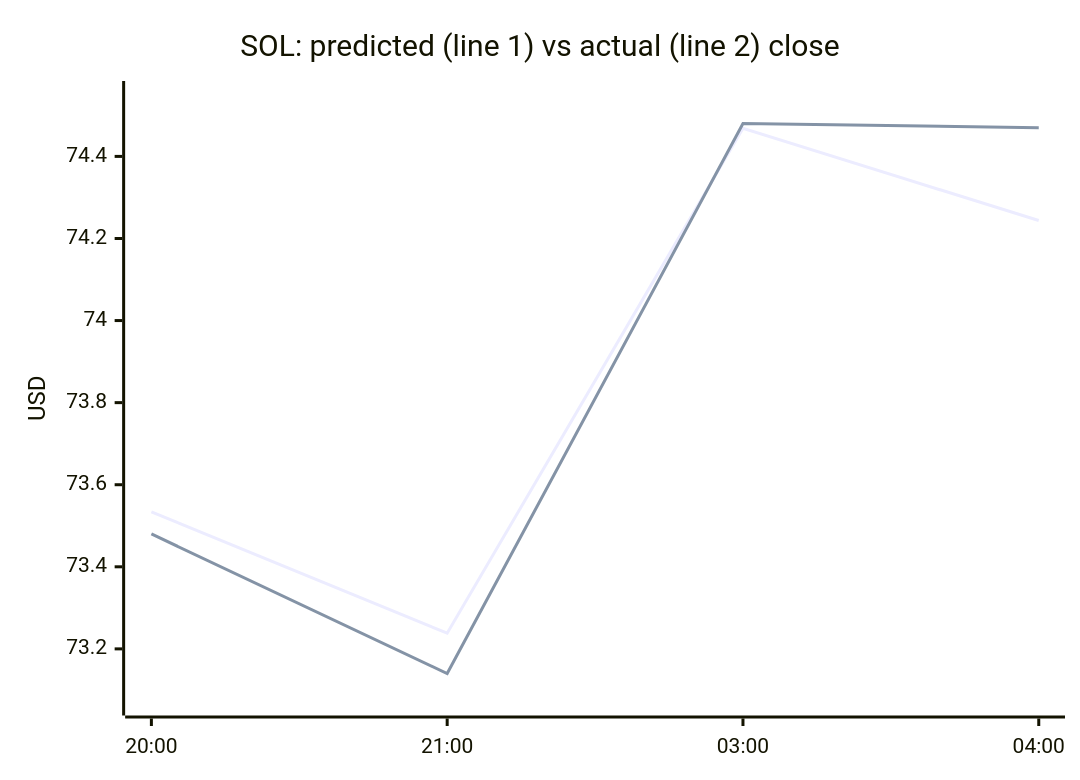
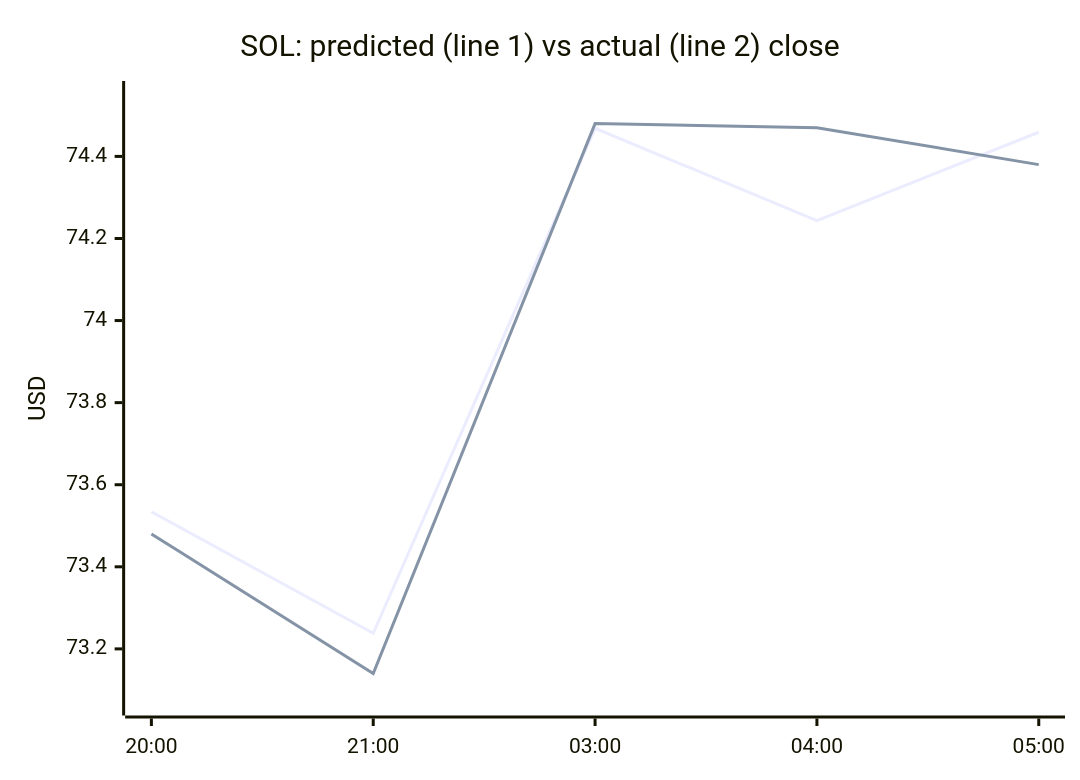
One commit to samuelkreitl-wq/crypto-hourly-forecaster changed the third of 4 diagrams in README.md. Above: the diagram before and after it, drawn with Mermaid. The commit also changed other lines of this file and 15 other files, not shown here.

````diff
--- a/README.md
+++ b/README.md
@@ -56,8 +56,8 @@
 ```mermaid
 xychart-beta
     title "SOL: predicted (line 1) vs actual (line 2) close"
-    x-axis ["20:00", "21:00", "03:00", "04:00"]
+    x-axis ["20:00", "21:00", "03:00", "04:00", "05:00"]
     y-axis "USD" 73.0669 --> 74.5545
-    line [73.5341, 73.2381, 74.4685, 74.2437]
-    line [73.4800, 73.1400, 74.4800, 74.4700]
+    line [73.5341, 73.2381, 74.4685, 74.2437, 74.4589]
+    line [73.4800, 73.1400, 74.4800, 74.4700, 74.3800]
 ```
````
